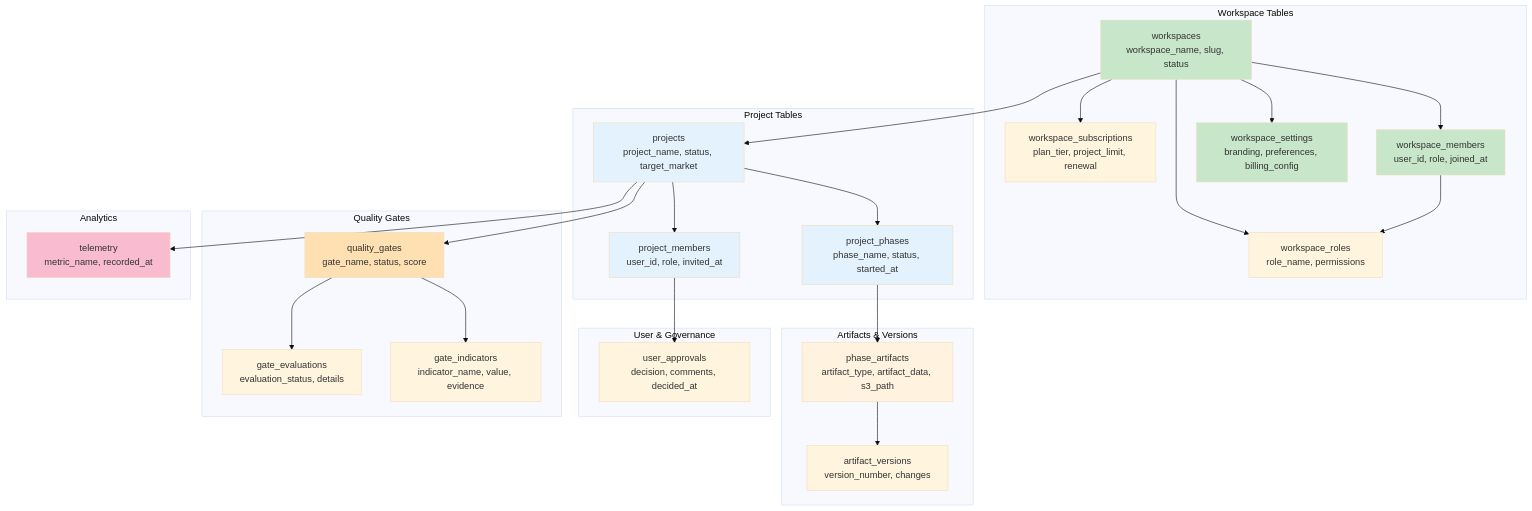
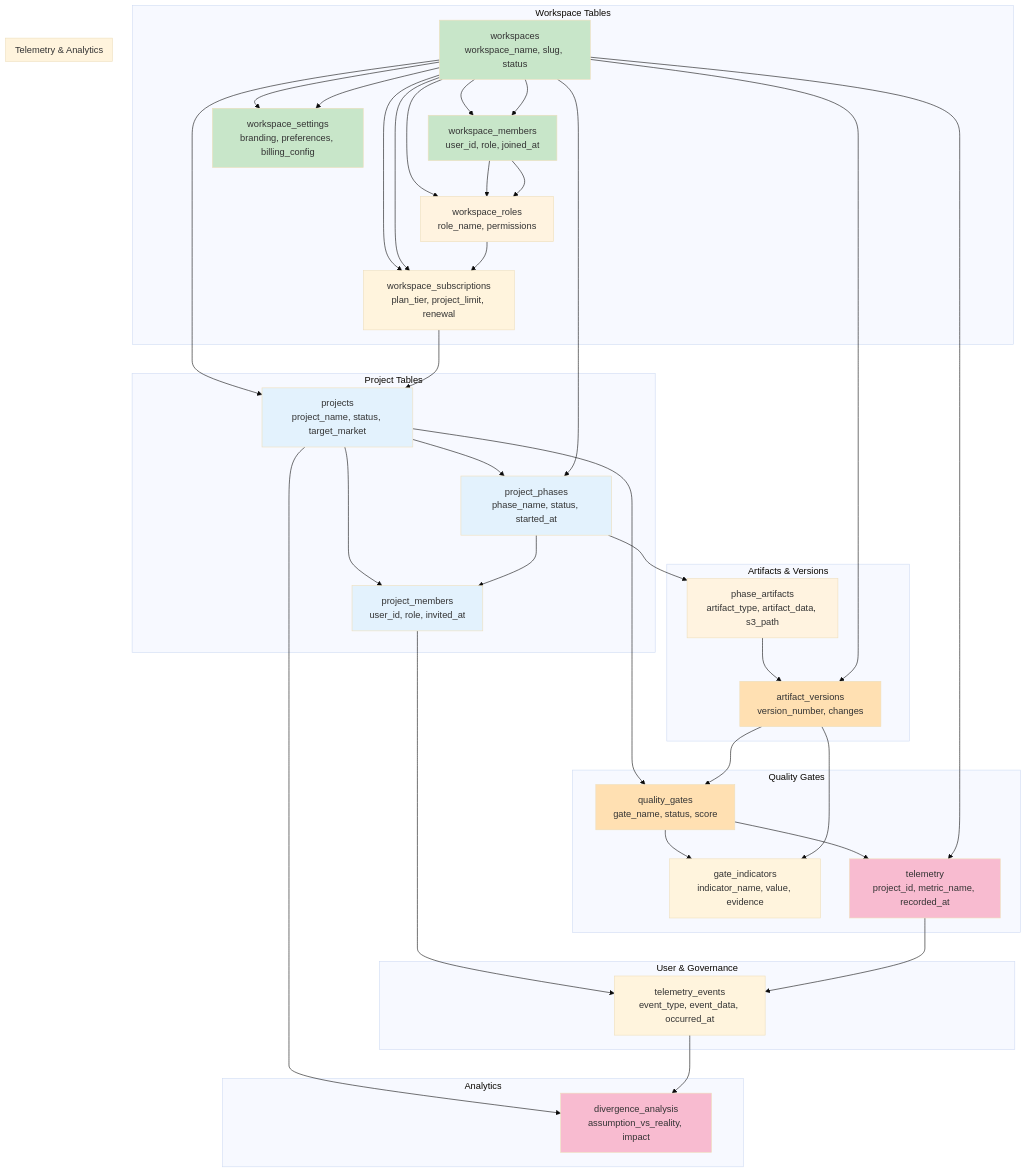
Before and after one commit to zaidmatargit/AugentisLabsSpecsReformed: diagram 18 of 22 in Architecture.md, drawn with Mermaid (base theme).

Commit message:
Fixed mermaid diagrams in documentation

````diff
--- a/Architecture.md
+++ b/Architecture.md
@@ -1078,4 +1078,32 @@
     style T9 fill:#fff3e0
     style T11 fill:#ffe0b2
     style T15 fill:#f8bbd0
+
+    subgraph "Telemetry & Analytics"
+        T13["telemetry<br/>project_id, metric_name, recorded_at"]
+        T14["telemetry_events<br/>event_type, event_data, occurred_at"]
+        T15["divergence_analysis<br/>assumption_vs_reality, impact"]
+    end
+
+    T1 --> T2
+    T1 --> T3
+    T1 --> T5
+    T2 --> T4
+    T4 --> T5
+    T5 --> T6
+    T1 --> T7
+    T7 --> T8
+    T1 --> T10
+    T10 --> T11
+    T10 --> T12
+    T1 --> T13
+    T13 --> T14
+    T14 --> T15
+
+    style T1 fill:#c8e6c9
+    style T4 fill:#fff3e0
+    style T7 fill:#e3f2fd
+    style T10 fill:#ffe0b2
+    style T13 fill:#f8bbd0
+
 ```
````
